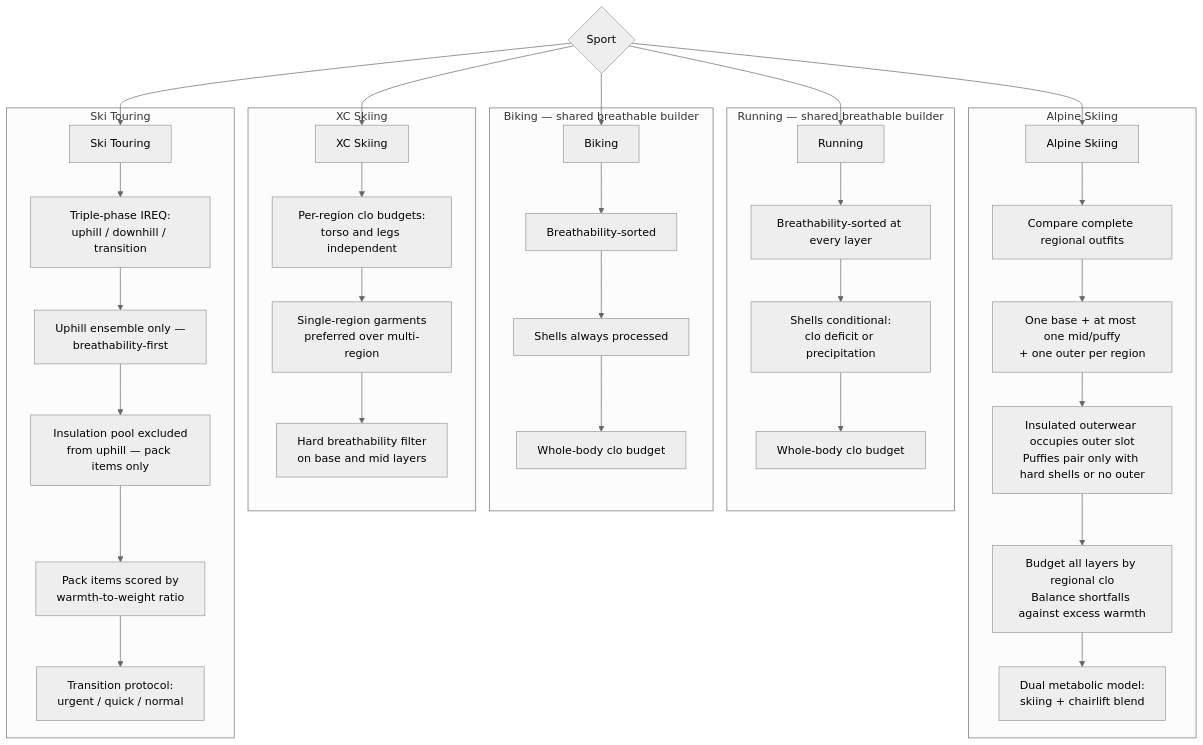
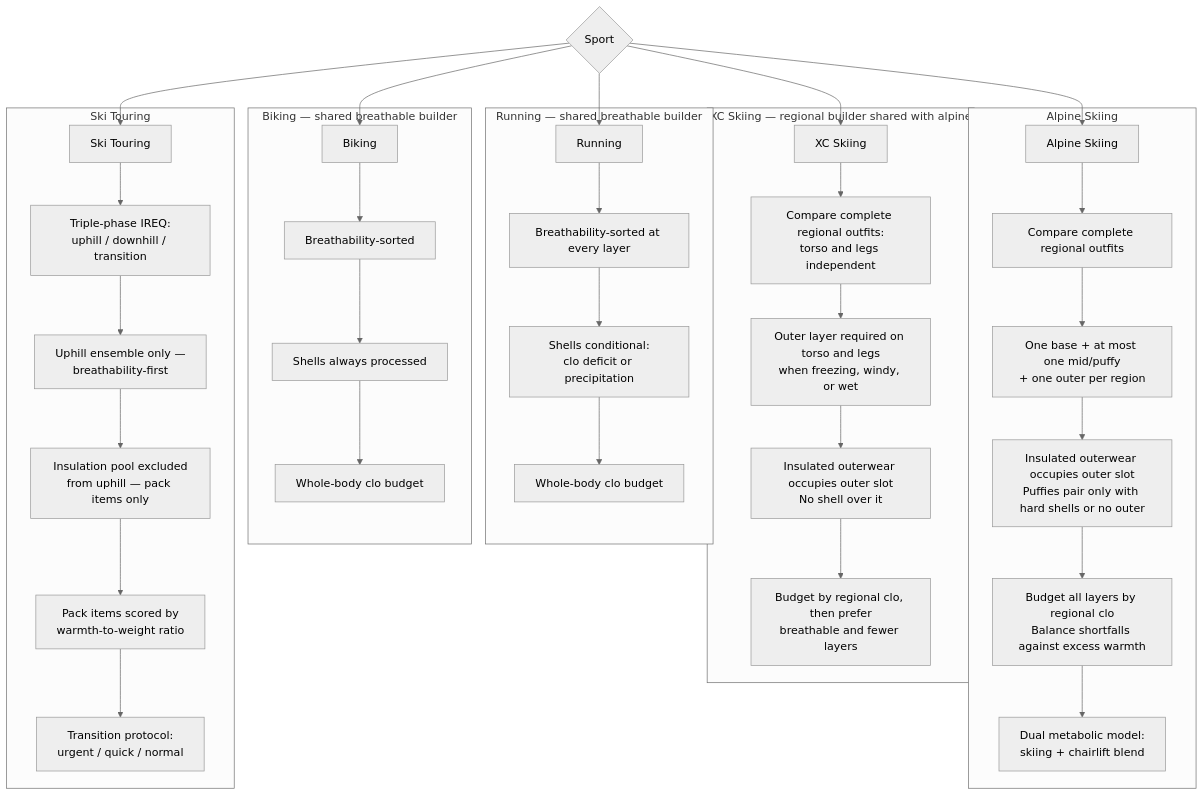
One commit to derobertsw/swttr changed the fourth of 6 diagrams in README.md. Above: the diagram before and after it, drawn with Mermaid (neutral theme). The commit also changed other lines of this file and 7 other files, not shown here.

First line of the commit message:
Give XC outfits a wind layer on the legs and torso in cold, wind, or wet

````diff
--- a/README.md
+++ b/README.md
@@ -164,42 +166,43 @@
 ```mermaid
 graph TD
     SPORT{Sport} --> RUN[Running]
     SPORT --> BIKE[Biking]
     SPORT --> ALP[Alpine Skiing]
     SPORT --> XC[XC Skiing]
     SPORT --> TOUR[Ski Touring]
 
     subgraph "Running — shared breathable builder"
         RUN --> R1[Breathability-sorted at every layer]
         R1 --> R2[Shells conditional:<br/>clo deficit or precipitation]
         R2 --> R3[Whole-body clo budget]
     end
 
     subgraph "Biking — shared breathable builder"
         BIKE --> B1[Breathability-sorted]
         B1 --> B2[Shells always processed]
         B2 --> B3[Whole-body clo budget]
     end
 
     subgraph "Alpine Skiing"
         ALP --> A1[Compare complete regional outfits]
         A1 --> A2[One base + at most one mid/puffy<br/>+ one outer per region]
         A2 --> A3[Insulated outerwear occupies outer slot<br/>Puffies pair only with hard shells or no outer]
         A3 --> A4[Budget all layers by regional clo<br/>Balance shortfalls against excess warmth]
         A4 --> A5[Dual metabolic model:<br/>skiing + chairlift blend]
     end
 
-    subgraph "XC Skiing"
-        XC --> X1[Per-region clo budgets:<br/>torso and legs independent]
-        X1 --> X2[Single-region garments<br/>preferred over multi-region]
-        X2 --> X3[Hard breathability filter<br/>on base and mid layers]
+    subgraph "XC Skiing — regional builder shared with alpine"
+        XC --> X1[Compare complete regional outfits:<br/>torso and legs independent]
+        X1 --> X2[Outer layer required on torso and legs<br/>when freezing, windy, or wet]
+        X2 --> X3[Insulated outerwear occupies outer slot<br/>No shell over it]
+        X3 --> X4[Budget by regional clo, then prefer<br/>breathable and fewer layers]
     end
 
     subgraph "Ski Touring"
         TOUR --> T1a[Triple-phase IREQ:<br/>uphill / downhill / transition]
         T1a --> T2a[Uphill ensemble only —<br/>breathability-first]
         T2a --> T3a[Insulation pool excluded<br/>from uphill — pack items only]
         T3a --> T4a[Pack items scored by<br/>warmth-to-weight ratio]
         T4a --> T5a[Transition protocol:<br/>urgent / quick / normal]
     end
 ```
````
